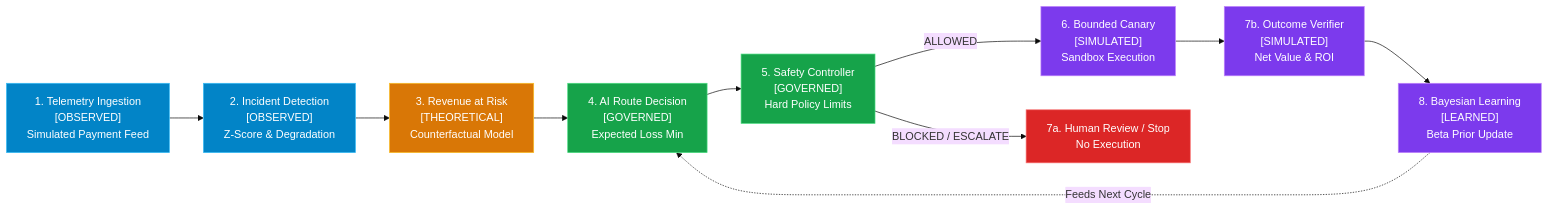
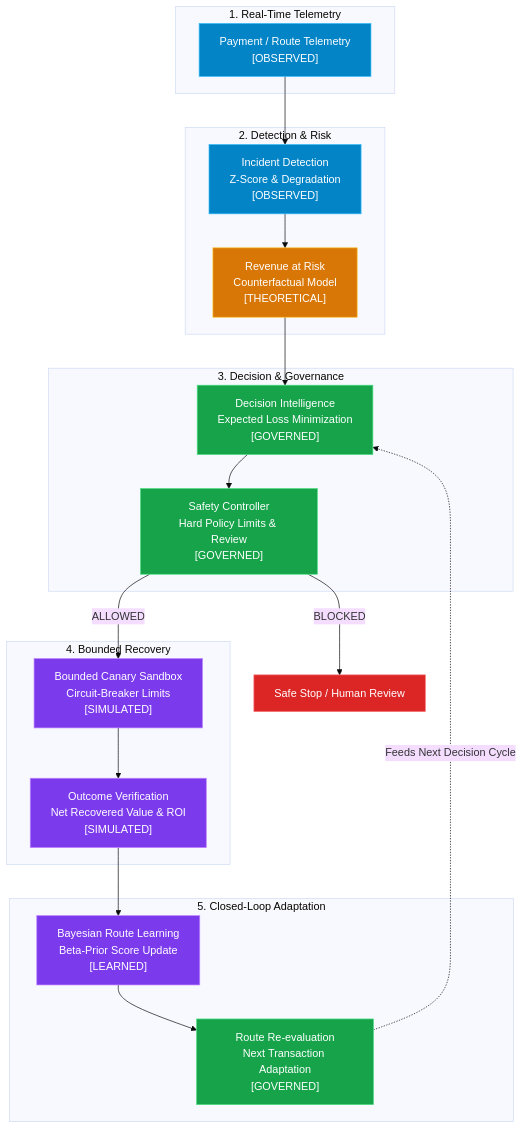
The first of 2 diagrams in README.md (yuktha2005/razorpay-ai-recovery), drawn with Mermaid (base theme) before and after one commit. The commit also changed other lines of this file and 1 other file, not shown here.

Commit message:
docs: redesign README for submission with visual architecture and judge flow

````diff
--- a/README.md
+++ b/README.md
@@ -52,24 +31,43 @@
 ```mermaid
-flowchart LR
-    A["1. Telemetry Ingestion\n[OBSERVED]\nSimulated Payment Feed"] --> B["2. Incident Detection\n[OBSERVED]\nZ-Score & Degradation"]
-    B --> C["3. Revenue at Risk\n[THEORETICAL]\nCounterfactual Model"]
-    C --> D["4. AI Route Decision\n[GOVERNED]\nExpected Loss Min"]
-    D --> E["5. Safety Controller\n[GOVERNED]\nHard Policy Limits"]
-    E -->|ALLOWED| F["6. Bounded Canary\n[SIMULATED]\nSandbox Execution"]
-    E -->|BLOCKED / ESCALATE| H["7a. Human Review / Stop\nNo Execution"]
-    F --> G["7b. Outcome Verifier\n[SIMULATED]\nNet Value & ROI"]
-    G --> I["8. Bayesian Learning\n[LEARNED]\nBeta Prior Update"]
-    I -.->|Feeds Next Cycle| D
+flowchart TD
+    subgraph Telemetry ["1. Real-Time Telemetry"]
+        A["Payment / Route Telemetry\n[OBSERVED]"]
+    end
+
+    subgraph Intelligence ["2. Detection & Risk"]
+        B["Incident Detection\nZ-Score & Degradation\n[OBSERVED]"]
+        C["Revenue at Risk\nCounterfactual Model\n[THEORETICAL]"]
+    end
+
+    subgraph Decision ["3. Decision & Governance"]
+        D["Decision Intelligence\nExpected Loss Minimization\n[GOVERNED]"]
+        E["Safety Controller\nHard Policy Limits & Review\n[GOVERNED]"]
+    end
+
+    subgraph Execution ["4. Bounded Recovery"]
+        F["Bounded Canary Sandbox\nCircuit-Breaker Limits\n[SIMULATED]"]
+        G["Outcome Verification\nNet Recovered Value & ROI\n[SIMULATED]"]
+    end
+
+    subgraph Learning ["5. Closed-Loop Adaptation"]
+        H["Bayesian Route Learning\nBeta-Prior Score Update\n[LEARNED]"]
+        I["Route Re-evaluation\nNext Transaction Adaptation\n[GOVERNED]"]
+    end
+
+    A --> B --> C --> D --> E
+    E -->|ALLOWED| F --> G --> H --> I
+    E -->|BLOCKED| J["Safe Stop / Human Review"]
+    I -.->|Feeds Next Decision Cycle| D
 
     classDef obs fill:#0284c7,stroke:#38bdf8,color:#fff;
     classDef theo fill:#d97706,stroke:#fbbf24,color:#fff;
     classDef gov fill:#16a34a,stroke:#4ade80,color:#fff;
     classDef sim fill:#7c3aed,stroke:#c084fc,color:#fff;
     classDef blk fill:#dc2626,stroke:#f87171,color:#fff;
 
     class A,B obs;
     class C theo;
-    class D,E gov;
-    class F,G,I sim;
-    class H blk;
+    class D,E,I gov;
+    class F,G,H sim;
+    class J blk;
 ```
````
